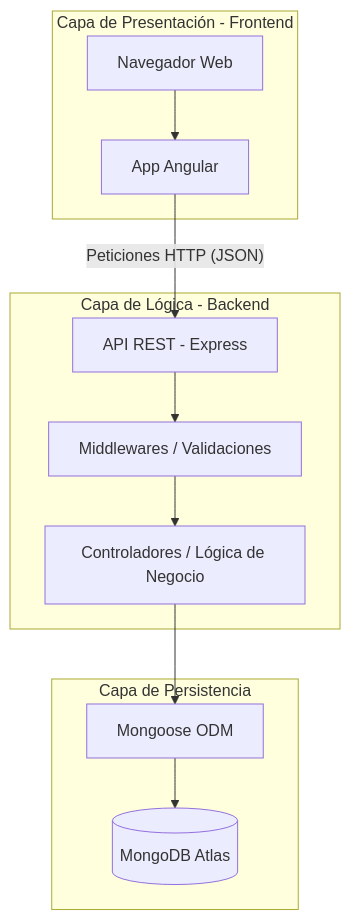
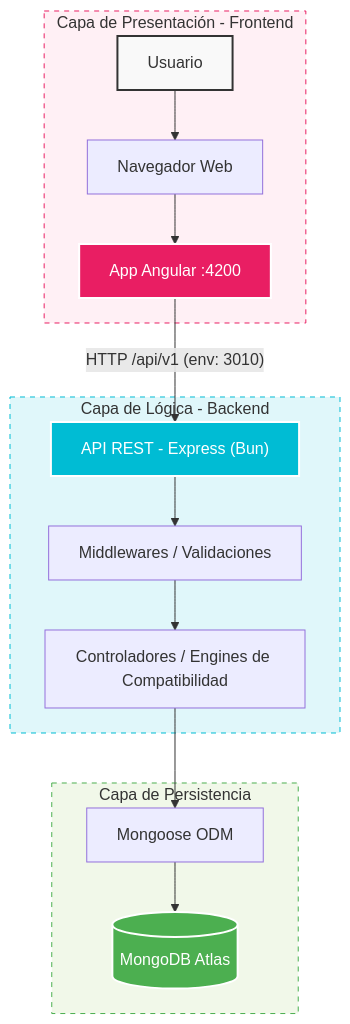
One commit to AlfonsoKitoko/PCBuilder.js changed the second of 2 diagrams in README.md. Above: the diagram before and after it, drawn with Mermaid. The commit also changed other lines of this file and 4 other files, not shown here.

````diff
--- a/README.md
+++ b/README.md
@@ -101,17 +107,29 @@
 ```mermaid
 graph TD
     subgraph Cliente [Capa de Presentación - Frontend]
-        A[Navegador Web] --> B[App Angular]
+        U[Usuario] --> A[Navegador Web]
+        A --> B["App Angular :4200"]
     end
 
     subgraph Servidor [Capa de Lógica - Backend]
-        B -- "Peticiones HTTP (JSON)" --> C[API REST - Express]
+        B -- "HTTP /api/v1 (env: 3010)" --> C["API REST - Express (Bun)"]
         C --> D[Middlewares / Validaciones]
-        D --> E[Controladores / Lógica de Negocio]
+        D --> E[Controladores / Engines de Compatibilidad]
     end
 
     subgraph Datos [Capa de Persistencia]
         E --> F[Mongoose ODM]
         F --> G[(MongoDB Atlas)]
     end
+
+    %% --- ESTILOS DE COLORES ---
+    style U fill:#f9f9f9,stroke:#333,stroke-width:2px
+    style B fill:#e91e63,stroke:#fff,stroke-width:2px,color:#fff
+    style C fill:#00bcd4,stroke:#fff,stroke-width:2px,color:#fff
+    style G fill:#4caf50,stroke:#fff,stroke-width:2px,color:#fff
+
+    %% Estilos de los subgraphs
+    style Cliente fill:#fff0f5,stroke:#e91e63,stroke-dasharray: 5 5
+    style Servidor fill:#e0f7fa,stroke:#00bcd4,stroke-dasharray: 5 5
+    style Datos fill:#f1f8e9,stroke:#4caf50,stroke-dasharray: 5 5
 ```
````
